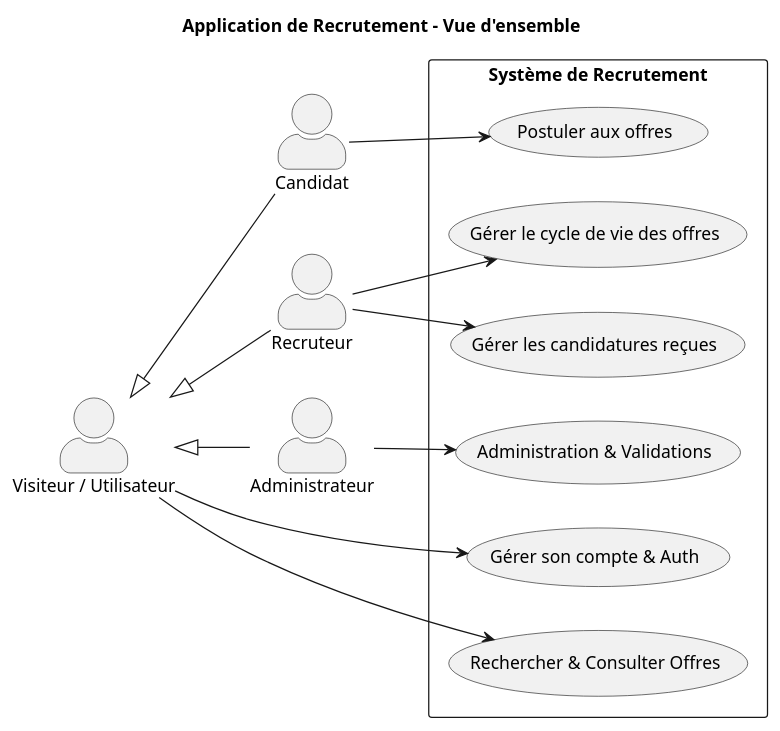
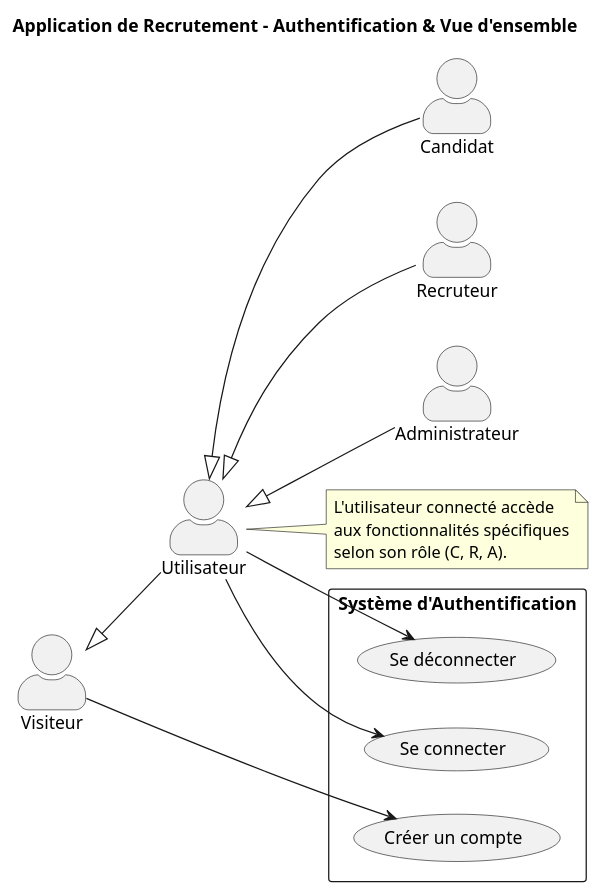
The diagram in TD1/Use Case/Diagramme Général.puml (djibril-haddadi/U-Recrut), drawn with PlantUML before and after one commit. The commit also changed 8 other files, not shown here.

Commit message:
Mise à jour des diagrammes de cas d'utilisation et des fichiers associés pour refléter les changements dans les fonctionnalités et les rôles des utilisateurs.

```diff
--- a/TD1/Use Case/Diagramme Général.puml
+++ b/TD1/Use Case/Diagramme Général.puml
@@ -1,30 +1,28 @@
 @startuml
-title Application de Recrutement - Vue d'ensemble
+title Application de Recrutement - Authentification & Vue d'ensemble
 left to right direction
 skinparam actorStyle awesome
 
-actor "Visiteur / Utilisateur" as U
+actor "Visiteur" as V
+actor "Utilisateur" as U
 actor "Candidat" as C
 actor "Recruteur" as R
 actor "Administrateur" as A
 
+V <|-- U
 U <|-- C
 U <|-- R
 U <|-- A
 
-rectangle "Système de Recrutement" {
-    usecase "Gérer son compte & Auth" as UC_AUTH
-    usecase "Rechercher & Consulter Offres" as UC_SEARCH
-    usecase "Postuler aux offres" as UC_APPLY
-    usecase "Gérer le cycle de vie des offres" as UC_OFFERS
-    usecase "Gérer les candidatures reçues" as UC_RECRUIT
-    usecase "Administration & Validations" as UC_ADMIN
+rectangle "Système d'Authentification" {
+    usecase "Créer un compte" as UC_REG
+    usecase "Se connecter" as UC_LOGIN
+    usecase "Se déconnecter" as UC_LOGOUT
 }
 
-U --> UC_AUTH
-U --> UC_SEARCH
-C --> UC_APPLY
-R --> UC_OFFERS
-R --> UC_RECRUIT
-A --> UC_ADMIN
+V --> UC_REG
+U --> UC_LOGIN
+U --> UC_LOGOUT
+
+note right of U : L'utilisateur connecté accède\naux fonctionnalités spécifiques\nselon son rôle (C, R, A).
 @enduml
```
